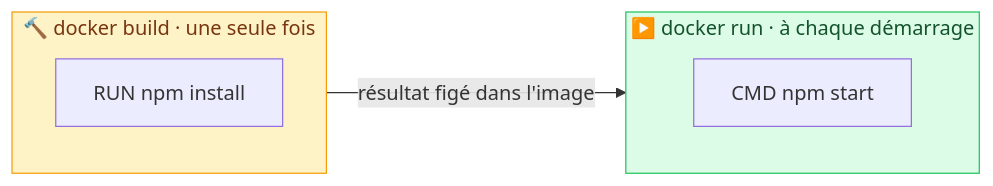
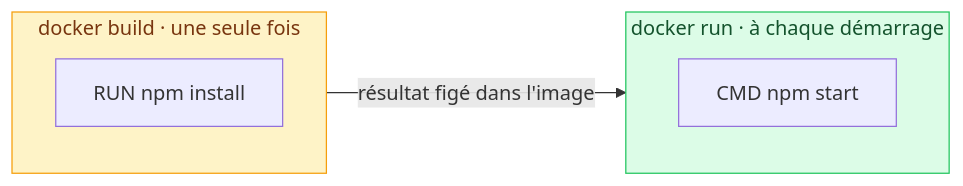
Before and after one commit to GoobyWoobies/HEIA-IT: the second of 4 diagrams in methodologie-securite-it/docker/04-dockerfile.md, drawn with Mermaid. The commit also changed other lines of this file and 24 other files, not shown here.

````diff
--- a/methodologie-securite-it/docker/04-dockerfile.md
+++ b/methodologie-securite-it/docker/04-dockerfile.md
@@ -162,13 +162,13 @@
 ```mermaid
 flowchart LR
-    subgraph BUILD["🔨 docker build · une seule fois"]
+    subgraph BUILD["docker build · une seule fois"]
         RUN["RUN npm install"]
     end
-    subgraph START["▶️ docker run · à chaque démarrage"]
+    subgraph START["docker run · à chaque démarrage"]
         CMD["CMD npm start"]
     end
     BUILD -->|"résultat figé dans l'image"| START
 
     style BUILD fill:#fef3c7,stroke:#f59e0b,color:#78350f
     style START fill:#dcfce7,stroke:#22c55e,color:#14532d
 ```
````
